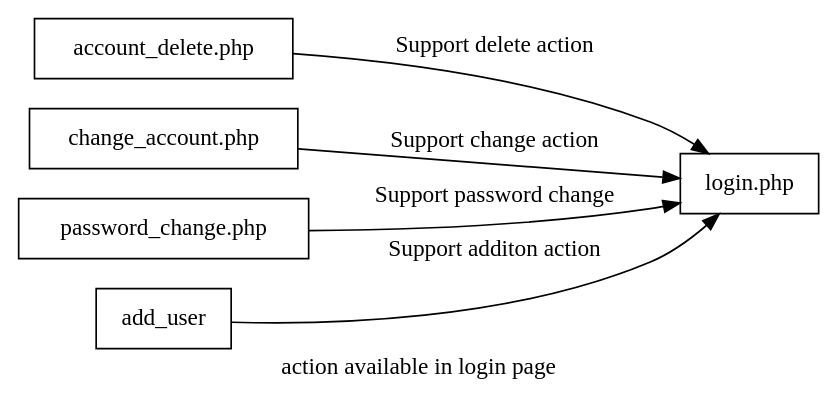
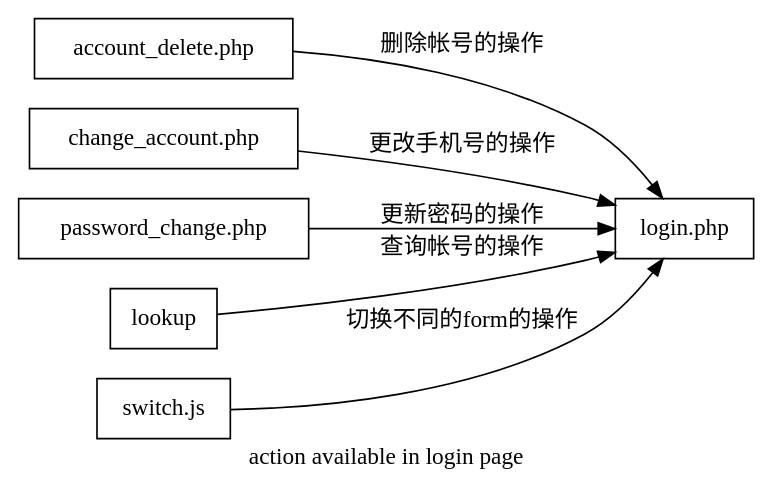
The diagram in dots/login.dot (lsq6815/Web-Expr), drawn with Graphviz before and after one commit. The commit also changed 10 other files, not shown here.

```diff
--- a/dots/login.dot
+++ b/dots/login.dot
@@ -1,18 +1,19 @@
 digraph G {
     /* rankdir=TB; */
     rankdir=LR;
     compound=true;
     node[shape=box];
     label="action available in login page";
 
     login[label="login.php"];
     delete[label="account_delete.php"];
     change[label="change_account.php"];
     change_pass[label="password_change.php"];
-    add_user[label="add_user"];
+    lookup[label="lookup"];
 
-    delete->login[label="Support delete action"];
-    change->login[label="Support change action"];
-    change_pass->login[label="Support password change"];
-    add_user->login[label="Support additon action"];
+    delete->login[label="删除帐号的操作"];
+    change->login[label="更改手机号的操作"];
+    change_pass->login[label="更新密码的操作"];
+    lookup->login[label="查询帐号的操作"];
+    "switch.js"->login[label="切换不同的form的操作"];
 }
```
